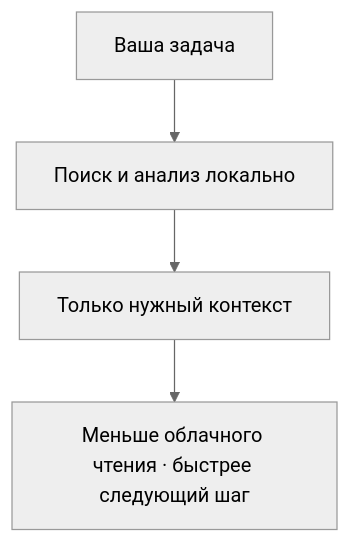
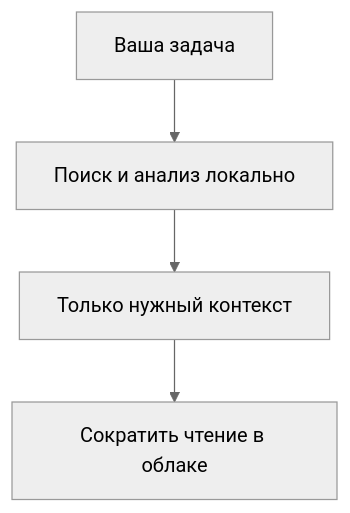
One commit to MrAliev/local-ai-toolkit changed the diagram in docs/wiki/Home.ru.md. Above: the diagram before and after it, drawn with Mermaid (neutral theme). The commit also changed other lines of this file and 14 other files, not shown here.

````diff
--- a/docs/wiki/Home.ru.md
+++ b/docs/wiki/Home.ru.md
@@ -23,6 +18,6 @@
 ```mermaid
 flowchart TB
   intent["Ваша задача"] --> context["Поиск и анализ локально"]
   context --> evidence["Только нужный контекст"]
-  evidence --> decision["Меньше облачного чтения · быстрее следующий шаг"]
+  evidence --> decision["Сократить чтение в облаке"]
 ```
````
